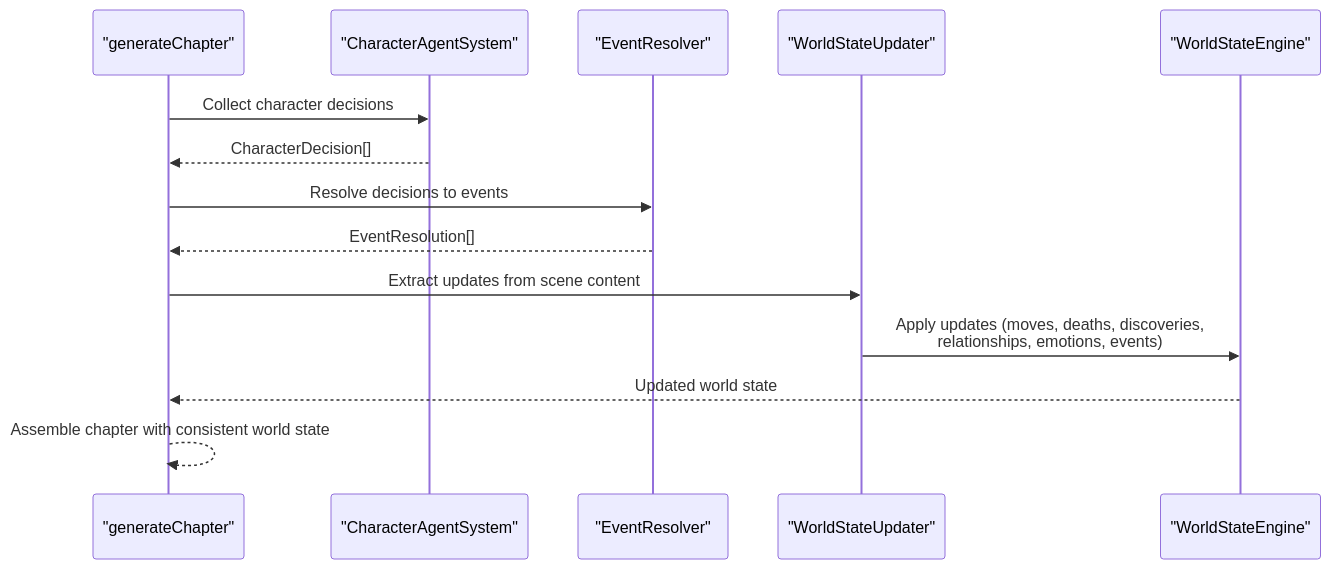
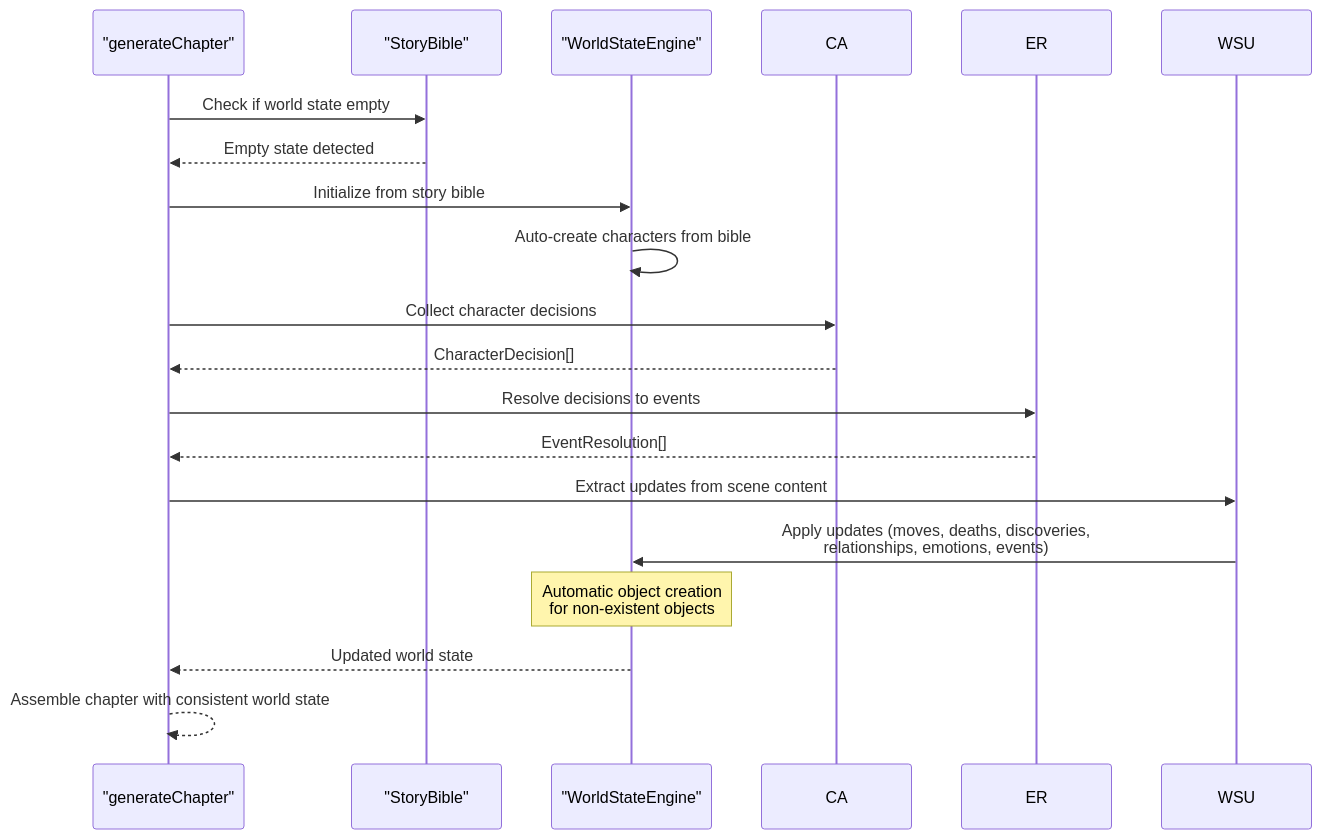
The second of 9 diagrams in .qoder/repowiki/en/content/Engine Architecture/World State Engine.md (liwonder/NARRITIVE_OS), drawn with Mermaid before and after one commit. The commit also changed other lines of this file and 14 other files, not shown here.

````diff
--- a/.qoder/repowiki/en/content/Engine Architecture/World State Engine.md
+++ b/.qoder/repowiki/en/content/Engine Architecture/World State Engine.md
@@ -102,16 +117,19 @@
 ```mermaid
 sequenceDiagram
 participant GC as "generateChapter"
-participant CA as "CharacterAgentSystem"
-participant ER as "EventResolver"
-participant WSU as "WorldStateUpdater"
+participant BIBLE as "StoryBible"
 participant WSE as "WorldStateEngine"
+GC->>BIBLE : Check if world state empty
+BIBLE-->>GC : Empty state detected
+GC->>WSE : Initialize from story bible
+WSE->>WSE : Auto-create characters from bible
 GC->>CA : Collect character decisions
 CA-->>GC : CharacterDecision[]
 GC->>ER : Resolve decisions to events
 ER-->>GC : EventResolution[]
 GC->>WSU : Extract updates from scene content
 WSU->>WSE : Apply updates (moves, deaths, discoveries,<br/>relationships, emotions, events)
+Note over WSE : Automatic object creation<br/>for non-existent objects
 WSE-->>GC : Updated world state
 GC-->>GC : Assemble chapter with consistent world state
 ```
````
